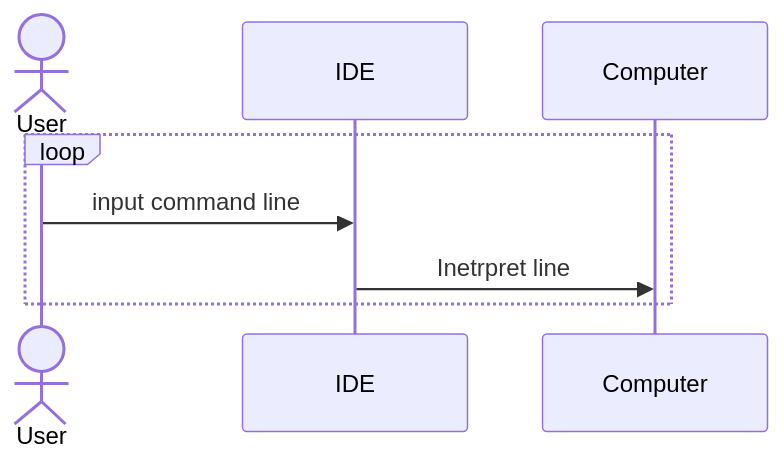
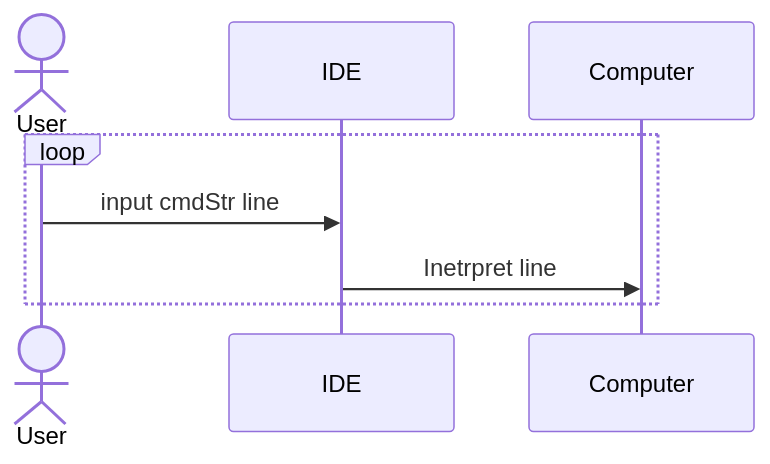
Before and after one commit to Spyro1/Basic-Lite-Interpreter: the second of 2 diagrams in Documentation/BASIC.md, drawn with Mermaid. The commit also changed other lines of this file and 7 other files, not shown here.

````diff
--- a/Documentation/BASIC.md
+++ b/Documentation/BASIC.md
@@ -113,9 +112,9 @@
 ```mermaid
 sequenceDiagram
     actor User
     
     loop 
-    User ->> IDE: input command line
+    User ->> IDE: input cmdStr line
         IDE ->> Computer : Inetrpret line
     end
 ```
````
